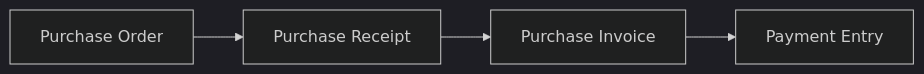
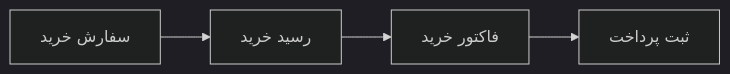
The second of 5 diagrams in content/fa/erpnext/buying.md (shahinesi/frappe_docs-persian), drawn with Mermaid (dark theme) before and after one commit. The commit also changed other lines of this file and 7 other files, not shown here.

Commit message:
Localize ERPNext purchasing workflow diagrams

````diff
--- a/content/fa/erpnext/buying.md
+++ b/content/fa/erpnext/buying.md
@@ -45,6 +45,6 @@
 ```mermaid
 flowchart LR
-    PO[Purchase Order] --> PR[Purchase Receipt]
-    PR --> PI[Purchase Invoice]
-    PI --> PE[Payment Entry]
+    PO[سفارش خرید] --> PR[رسید خرید]
+    PR --> PI[فاکتور خرید]
+    PI --> PE[ثبت پرداخت]
 ```
````
